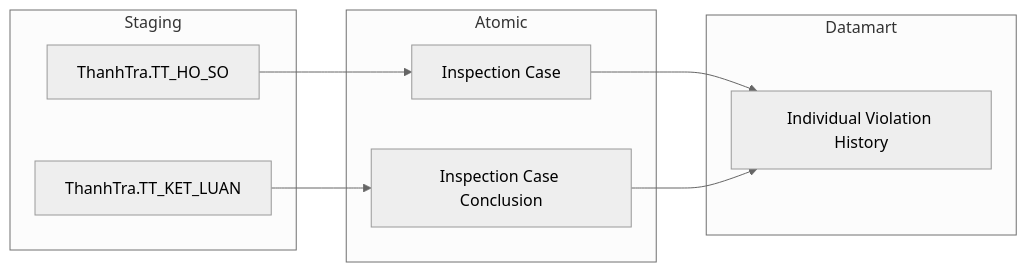
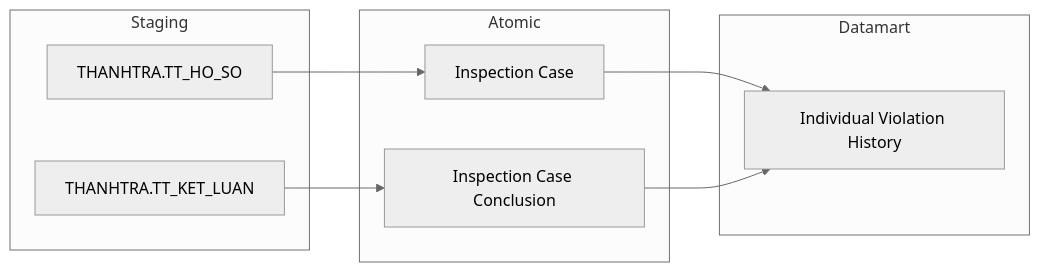
Before and after one commit to linhlvit/ubck_atomic_design: diagram 17 of 18 in docs/output/datamart/QLKD/DTM_QLKD_PTTK.md, drawn with Mermaid (neutral theme). The commit also changed other lines of this file and 463 other files, not shown here.

````diff
--- a/docs/output/datamart/QLKD/DTM_QLKD_PTTK.md
+++ b/docs/output/datamart/QLKD/DTM_QLKD_PTTK.md
@@ -673,22 +673,22 @@
 ```mermaid
 flowchart LR
   subgraph Staging
-    ThanhTra_TT_HO_SO["ThanhTra.TT_HO_SO"]
-    ThanhTra_TT_KET_LUAN["ThanhTra.TT_KET_LUAN"]
+    THANHTRA_TT_HO_SO["THANHTRA.TT_HO_SO"]
+    THANHTRA_TT_KET_LUAN["THANHTRA.TT_KET_LUAN"]
   end
 
   subgraph Atomic
     Inspection_Case["Inspection Case"]
     Inspection_Case_Conclusion["Inspection Case Conclusion"]
   end
 
   subgraph Datamart
     idv_vln_hist["Individual Violation History"]
   end
 
-  ThanhTra_TT_HO_SO --> Inspection_Case
-  ThanhTra_TT_KET_LUAN --> Inspection_Case_Conclusion
+  THANHTRA_TT_HO_SO --> Inspection_Case
+  THANHTRA_TT_KET_LUAN --> Inspection_Case_Conclusion
 
   Inspection_Case --> idv_vln_hist
   Inspection_Case_Conclusion --> idv_vln_hist
 ```
````
